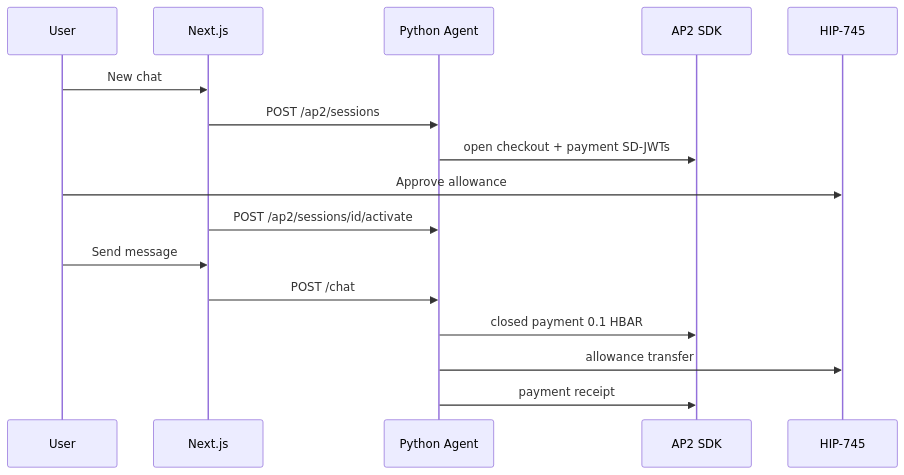
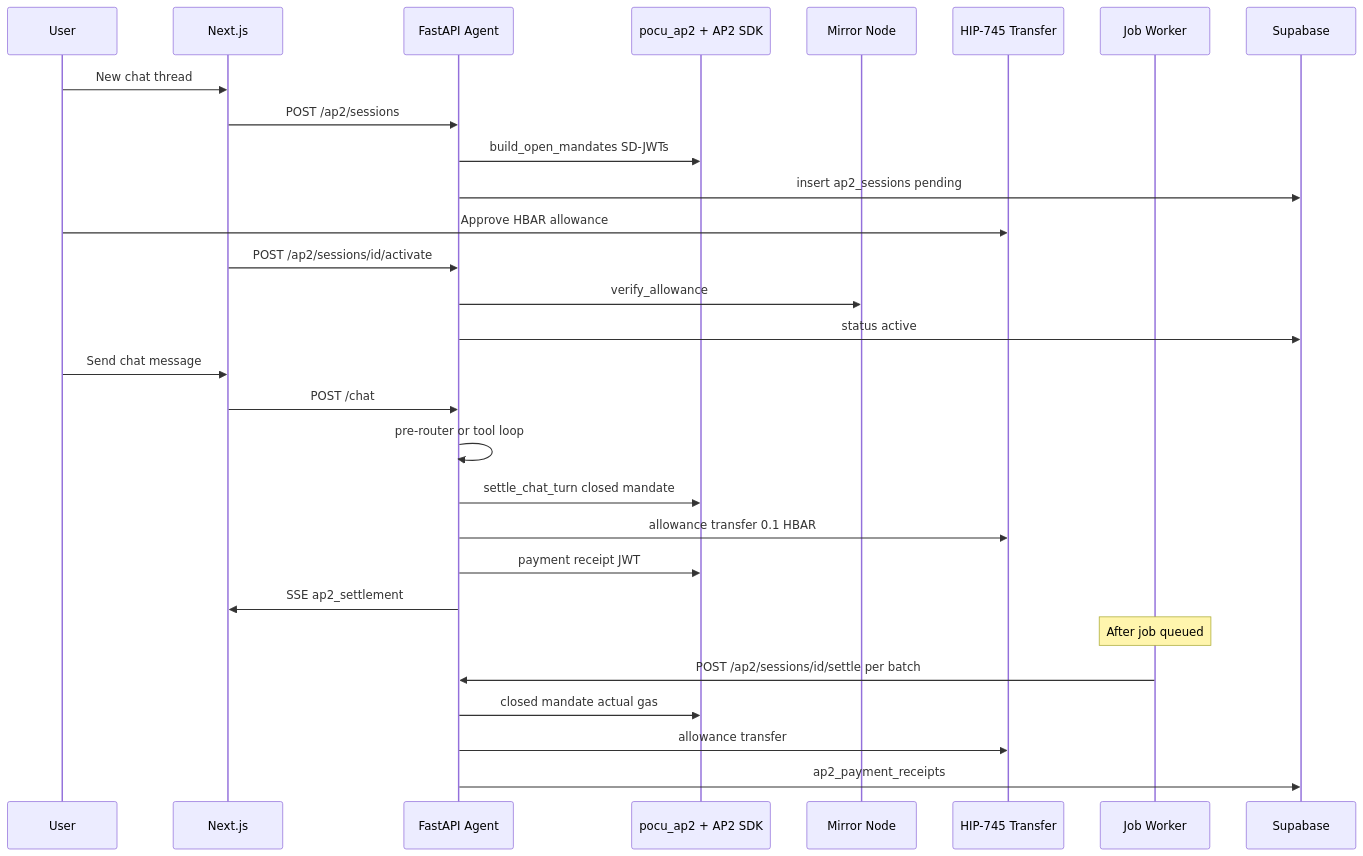
One commit to Marshal-AM/pocu changed the fourth of 6 diagrams in README.md. Above: the diagram before and after it, drawn with Mermaid. The commit also changed other lines of this file, not shown here.

````diff
--- a/README.md
+++ b/README.md
@@ -403,19 +539,34 @@
 ```mermaid
 sequenceDiagram
   participant User
   participant Web as Next.js
-  participant Agent as Python Agent
-  participant AP2 as AP2 SDK
-  participant Hedera as HIP-745
+  participant Agent as FastAPI Agent
+  participant AP2 as pocu_ap2 + AP2 SDK
+  participant Mirror as Mirror Node
+  participant Hedera as HIP-745 Transfer
+  participant Worker as Job Worker
+  participant DB as Supabase
 
-  User->>Web: New chat
+  User->>Web: New chat thread
   Web->>Agent: POST /ap2/sessions
-  Agent->>AP2: open checkout + payment SD-JWTs
-  User->>Hedera: Approve allowance
+  Agent->>AP2: build_open_mandates SD-JWTs
+  Agent->>DB: insert ap2_sessions pending
+  User->>Hedera: Approve HBAR allowance
   Web->>Agent: POST /ap2/sessions/id/activate
-  User->>Web: Send message
+  Agent->>Mirror: verify_allowance
+  Agent->>DB: status active
+
+  User->>Web: Send chat message
   Web->>Agent: POST /chat
-  Agent->>AP2: closed payment 0.1 HBAR
+  Agent->>Agent: pre-router or tool loop
+  Agent->>AP2: settle_chat_turn closed mandate
+  Agent->>Hedera: allowance transfer 0.1 HBAR
+  Agent->>AP2: payment receipt JWT
+  Agent->>Web: SSE ap2_settlement
+
+  Note over Worker: After job queued
+  Worker->>Agent: POST /ap2/sessions/id/settle per batch
+  Agent->>AP2: closed mandate actual gas
   Agent->>Hedera: allowance transfer
-  Agent->>AP2: payment receipt
+  Agent->>DB: ap2_payment_receipts
 ```
````
